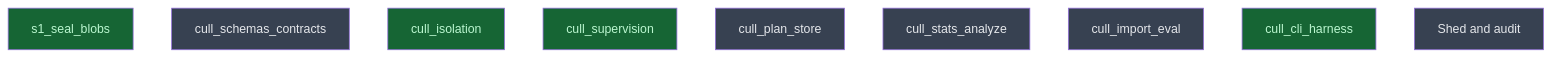
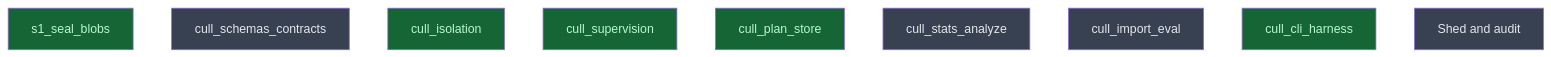
Before and after one commit to CrackingShells/Candler: the diagram in __roadmap__/diet/README.md, drawn with Mermaid. The commit also changed other lines of this file, not shown here.

Commit message:
rdm(api): mark cull_plan_store done

````diff
--- a/__roadmap__/diet/README.md
+++ b/__roadmap__/diet/README.md
@@ -21,17 +21,17 @@
 ```mermaid
 graph TD
     s1_seal_blobs[s1_seal_blobs]:::done
     cull_schemas_contracts[cull_schemas_contracts]:::planned
     cull_isolation[cull_isolation]:::done
     cull_supervision[cull_supervision]:::done
-    cull_plan_store[cull_plan_store]:::planned
+    cull_plan_store[cull_plan_store]:::done
     cull_stats_analyze[cull_stats_analyze]:::planned
     cull_import_eval[cull_import_eval]:::planned
     cull_cli_harness[cull_cli_harness]:::done
     shed[Shed and audit]:::planned
     classDef done       fill:#166534,color:#bbf7d0
     classDef inprogress fill:#854d0e,color:#fef08a
     classDef planned    fill:#374151,color:#e5e7eb
     classDef amendment  fill:#1e3a5f,color:#bfdbfe
     classDef blocked    fill:#7f1d1d,color:#fecaca
 ```
````
